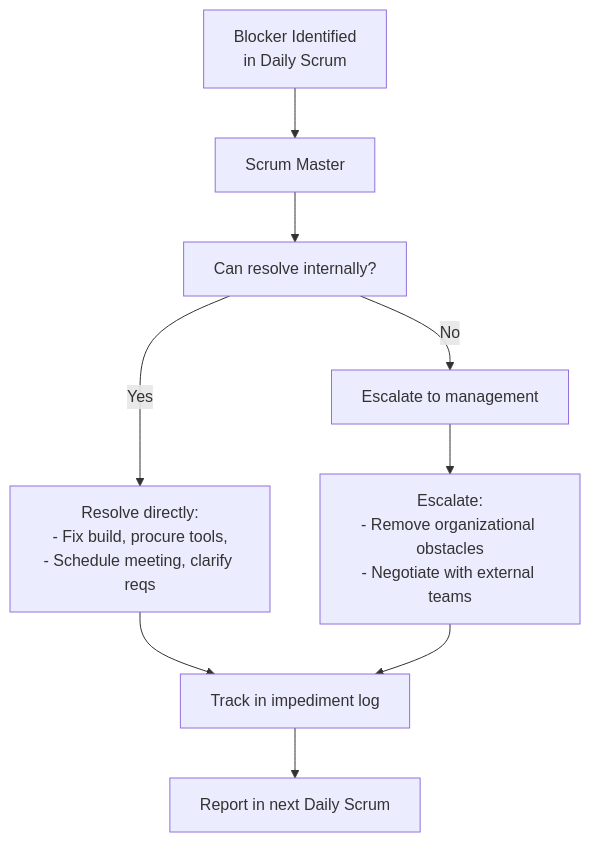
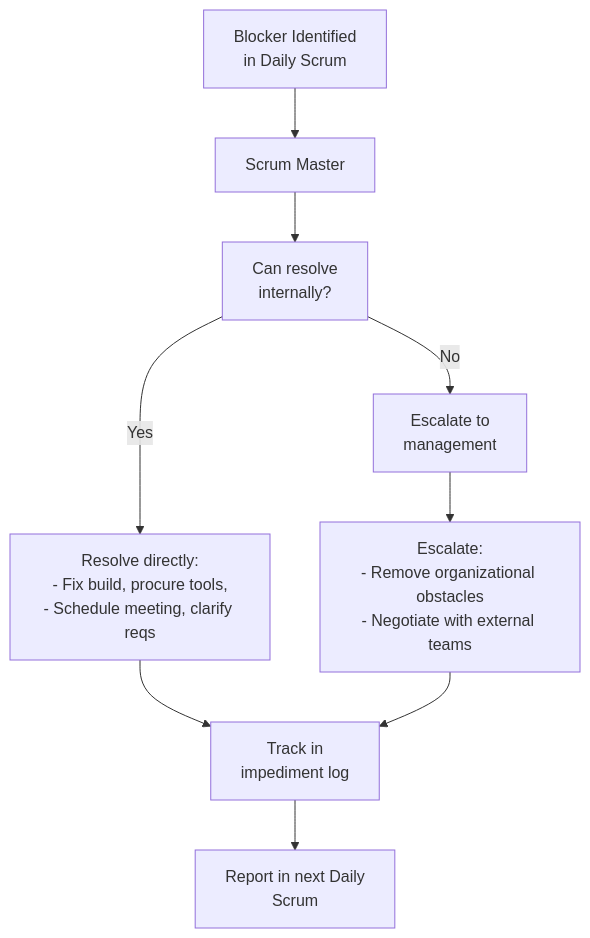
Before and after one commit to amitdevx/TY: the third of 3 diagrams in 02-Semester-VI/CS-371-VSC-P-Agile-Processes/Unit-3.md, drawn with Mermaid. The commit also changed other lines of this file and 65 other files, not shown here.

Commit message:
fix:graph vertical

````diff
--- a/02-Semester-VI/CS-371-VSC-P-Agile-Processes/Unit-3.md
+++ b/02-Semester-VI/CS-371-VSC-P-Agile-Processes/Unit-3.md
@@ -339,11 +339,11 @@
 ```mermaid
 graph TD
     B[Blocker Identified<br/>in Daily Scrum] --> SM[Scrum Master]
-    SM --> A1[Can resolve internally?]
+    SM --> A1[Can resolve<br/>internally?]
     A1 -->|Yes| R1[Resolve directly:<br/>- Fix build, procure tools,<br/>- Schedule meeting, clarify reqs]
-    A1 -->|No| A2[Escalate to management]
+    A1 -->|No| A2[Escalate to<br/>management]
     A2 --> R2[Escalate:<br/>- Remove organizational obstacles<br/>- Negotiate with external teams]
-    R1 --> T[Track in impediment log]
+    R1 --> T[Track in<br/>impediment log]
     R2 --> T
-    T --> DS[Report in next Daily Scrum]
+    T --> DS[Report in next Daily<br/>Scrum]
 ```
````
